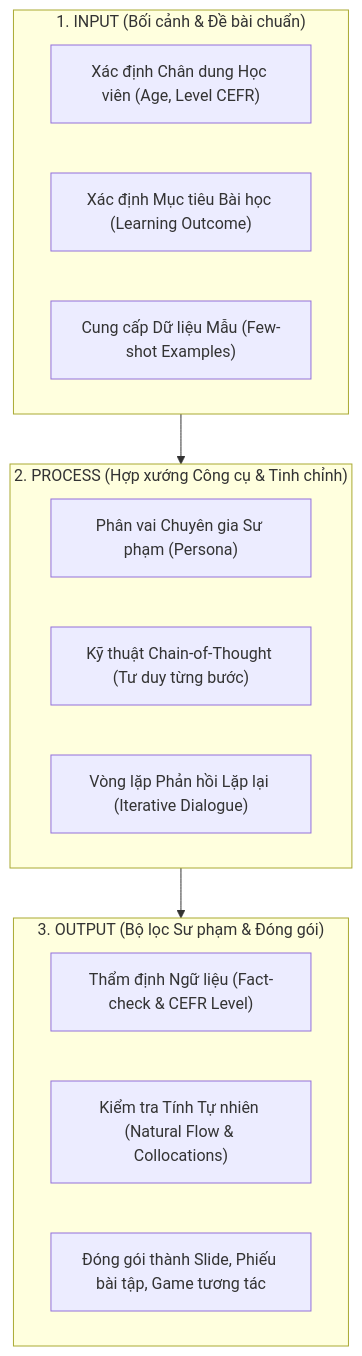
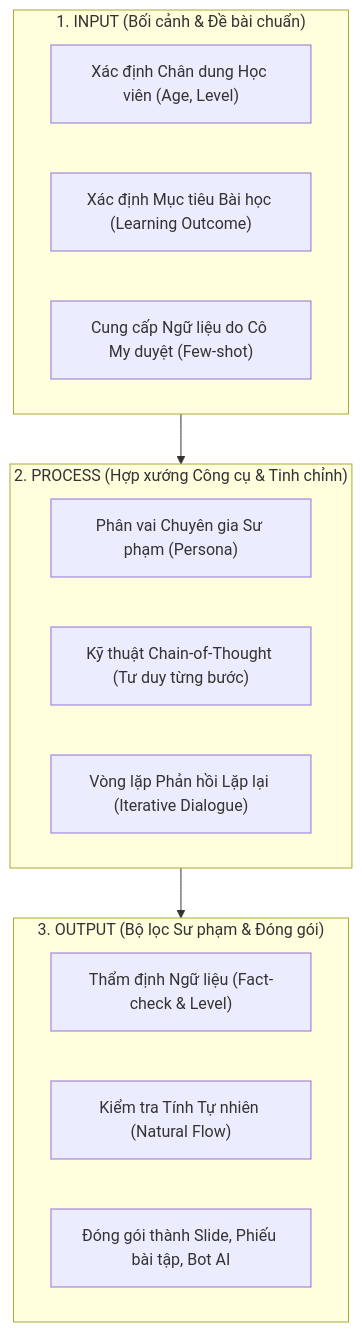
The diagram in GiaoTrinh_ThayTam/01_HOC_PHAN_1_CONG_NGHE_AI.md (cmubeta2/new-you-english), drawn with Mermaid before and after one commit. The commit also changed other lines of this file and 9 other files, not shown here.

````diff
--- a/GiaoTrinh_ThayTam/01_HOC_PHAN_1_CONG_NGHE_AI.md
+++ b/GiaoTrinh_ThayTam/01_HOC_PHAN_1_CONG_NGHE_AI.md
@@ -34,22 +38,22 @@
 ```mermaid
 flowchart TD
     subgraph INPUT["1. INPUT (Bối cảnh & Đề bài chuẩn)"]
-        I1["Xác định Chân dung Học viên (Age, Level CEFR)"]
+        I1["Xác định Chân dung Học viên (Age, Level)"]
         I2["Xác định Mục tiêu Bài học (Learning Outcome)"]
-        I3["Cung cấp Dữ liệu Mẫu (Few-shot Examples)"]
+        I3["Cung cấp Ngữ liệu do Cô My duyệt (Few-shot)"]
     end
 
     subgraph PROCESS["2. PROCESS (Hợp xướng Công cụ & Tinh chỉnh)"]
         P1["Phân vai Chuyên gia Sư phạm (Persona)"]
         P2["Kỹ thuật Chain-of-Thought (Tư duy từng bước)"]
         P3["Vòng lặp Phản hồi Lặp lại (Iterative Dialogue)"]
     end
 
     subgraph OUTPUT["3. OUTPUT (Bộ lọc Sư phạm & Đóng gói)"]
-        O1["Thẩm định Ngữ liệu (Fact-check & CEFR Level)"]
-        O2["Kiểm tra Tính Tự nhiên (Natural Flow & Collocations)"]
-        O3["Đóng gói thành Slide, Phiếu bài tập, Game tương tác"]
+        O1["Thẩm định Ngữ liệu (Fact-check & Level)"]
+        O2["Kiểm tra Tính Tự nhiên (Natural Flow)"]
+        O3["Đóng gói thành Slide, Phiếu bài tập, Bot AI"]
     end
 
     INPUT --> PROCESS --> OUTPUT
 ```
````
